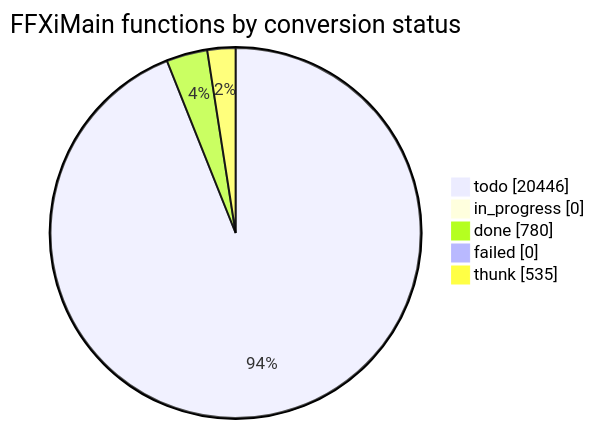
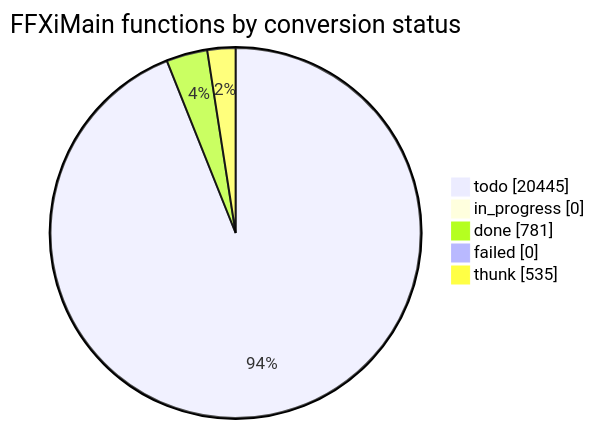
Before and after one commit to cowrevenge/cow_kuluu_xi_anything: the diagram in docs/cow/STATUS.md, drawn with Mermaid. The commit also changed other lines of this file and 9 other files, not shown here.

````diff
--- a/docs/cow/STATUS.md
+++ b/docs/cow/STATUS.md
@@ -18,9 +18,9 @@
 ```mermaid
 pie showData
     title FFXiMain functions by conversion status
-    "todo" : 20446
+    "todo" : 20445
     "in_progress" : 0
-    "done" : 780
+    "done" : 781
     "failed" : 0
     "thunk" : 535
 ```
````
